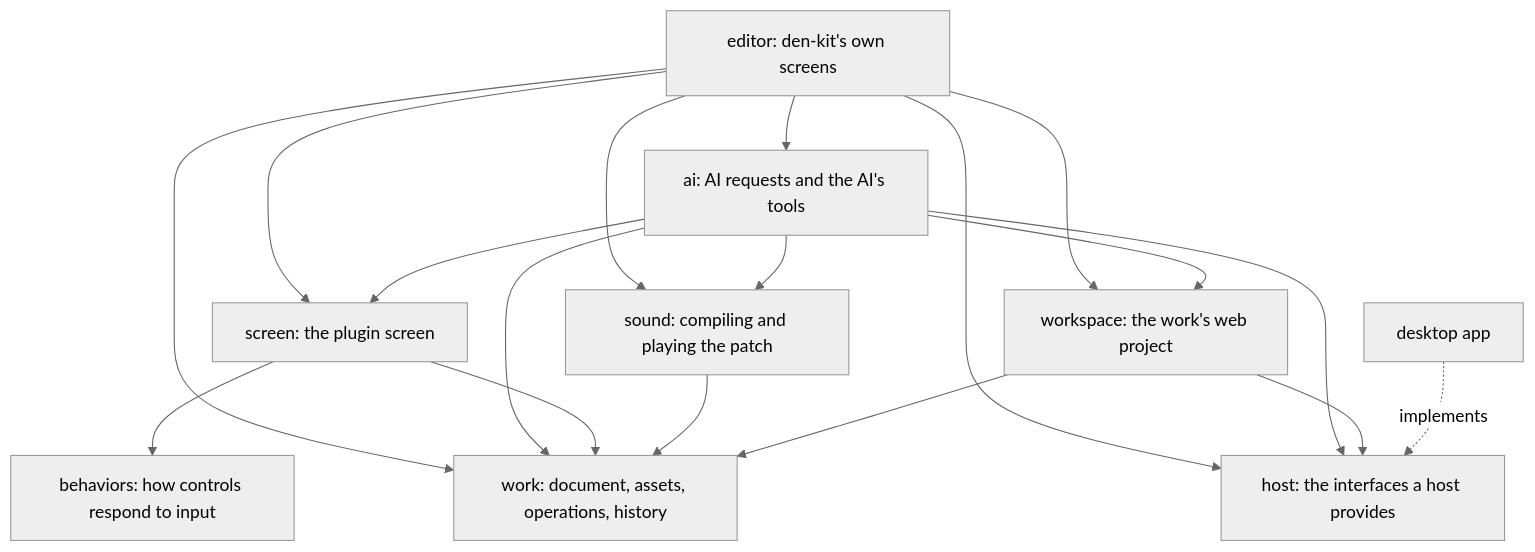
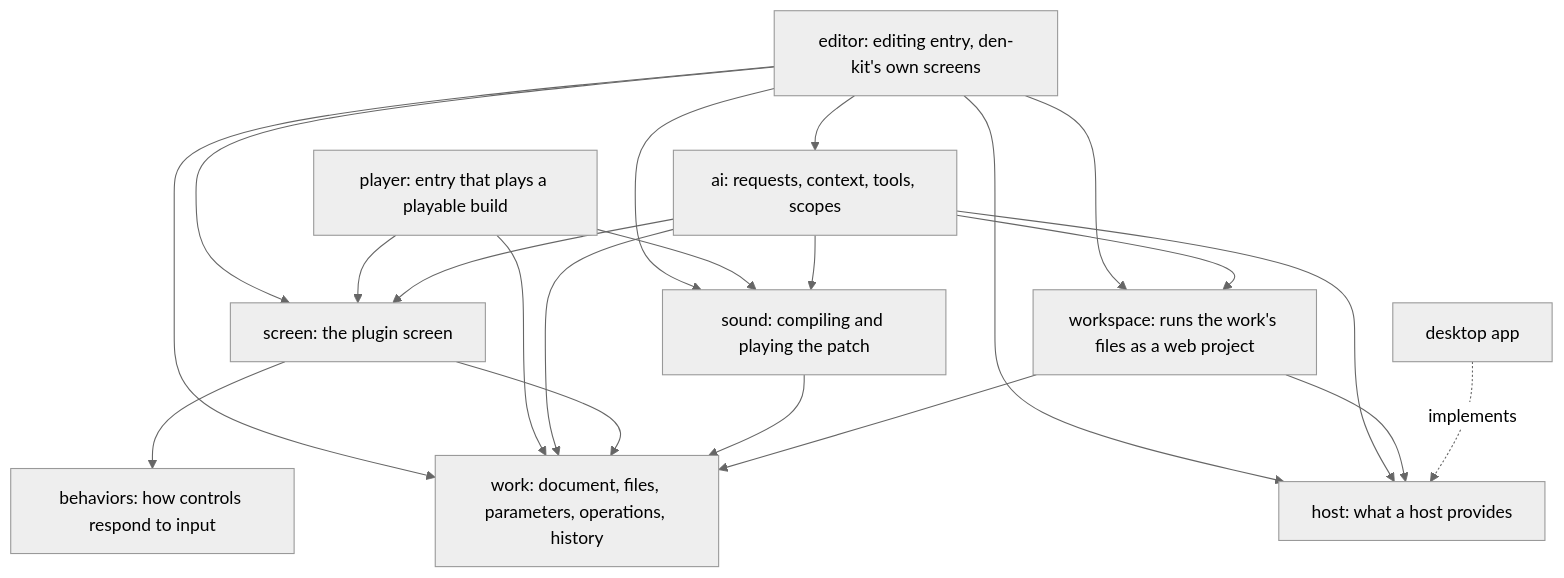
The first of 2 diagrams in docs/architecture.md (yuichkun/den-kit), drawn with Mermaid (neutral theme) before and after one commit. The commit also changed other lines of this file and 1 other file, not shown here.

First line of the commit message:
Rewrite the principles and the architecture to the agreed design

````diff
--- a/docs/architecture.md
+++ b/docs/architecture.md
@@ -11,18 +11,20 @@
 ```mermaid
 flowchart TD
-  editor["editor: den-kit's own screens"]
-  ai["ai: AI requests and the AI's tools"]
+  editor["editor: editing entry, den-kit's own screens"]
+  player["player: entry that plays a playable build"]
+  ai["ai: requests, context, tools, scopes"]
   screen["screen: the plugin screen"]
+  sound["sound: compiling and playing the patch"]
+  workspace["workspace: runs the work's files as a web project"]
   behaviors["behaviors: how controls respond to input"]
-  sound["sound: compiling and playing the patch"]
-  workspace["workspace: the work's web project"]
-  work["work: document, assets, operations, history"]
-  host["host: the interfaces a host provides"]
+  work["work: document, files, parameters, operations, history"]
+  host["host: what a host provides"]
   desktop["desktop app"]
   editor --> ai & screen & sound & workspace & work & host
+  player --> screen & sound & work
   ai --> screen & sound & workspace & work & host
   screen --> behaviors & work
   sound --> work
   workspace --> work & host
   desktop -. implements .-> host
 ```
````
